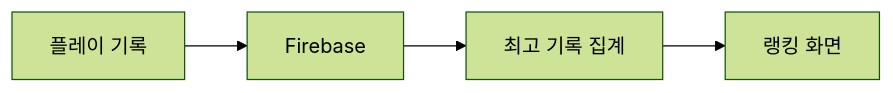
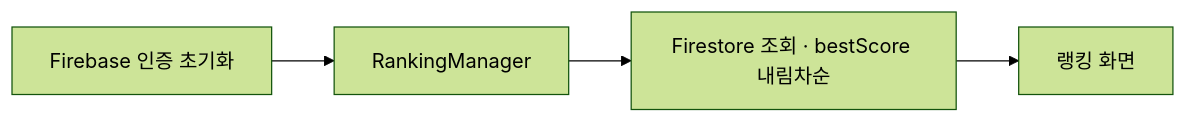
Before and after one commit to Searabbit11/portfolio: the first of 2 diagrams in src/4-ar-room/기술문서.md, drawn with Mermaid (forest theme). The commit also changed other lines of this file and 2 other files, not shown here.

````diff
--- a/src/4-ar-room/기술문서.md
+++ b/src/4-ar-room/기술문서.md
@@ -32,6 +34,6 @@
 ```mermaid
 flowchart LR
-    A["플레이 기록"] --> F["Firebase"]
-    F --> D["최고 기록 집계"]
-    D --> U["랭킹 화면"]
+    A["Firebase 인증 초기화"] --> R["RankingManager"]
+    R --> F["Firestore 조회 · bestScore 내림차순"]
+    F --> U["랭킹 화면"]
 ```
````
